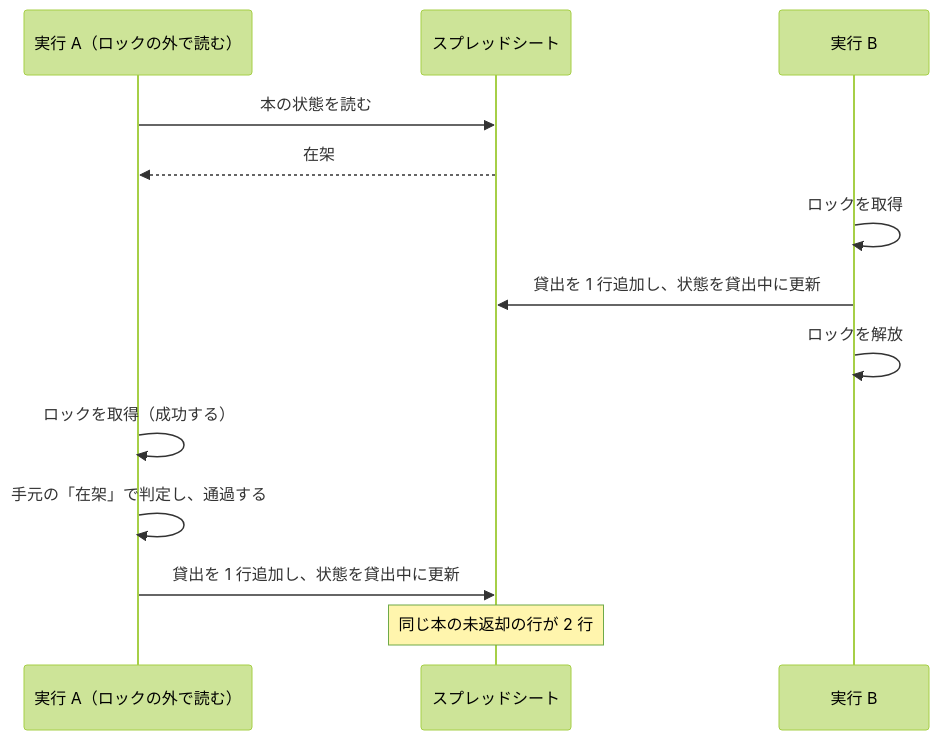
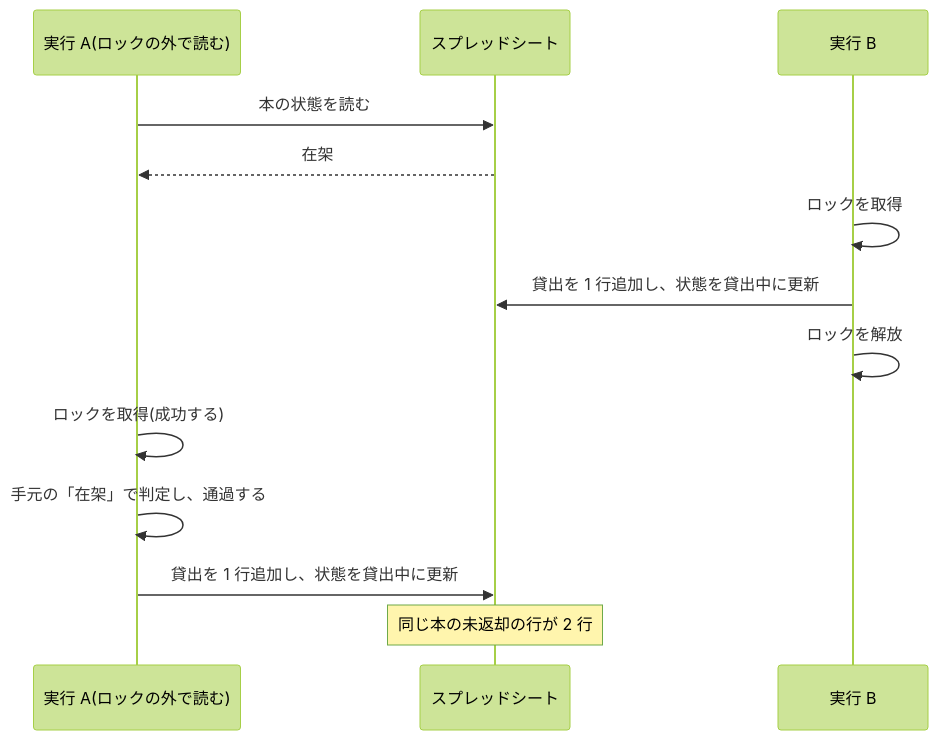
The diagram in contents/blog/2026-09-21_gas-lockservice-exclusive-control.md (Suntory-N-Water/sui-blog), drawn with Mermaid (forest theme) before and after one commit. The commit also changed other lines of this file, not shown here.

````diff
--- a/contents/blog/2026-09-21_gas-lockservice-exclusive-control.md
+++ b/contents/blog/2026-09-21_gas-lockservice-exclusive-control.md
@@ -28,15 +26,15 @@
 ```mermaid
 sequenceDiagram
-    participant A as 実行 A（ロックの外で読む）
+    participant A as 実行 A(ロックの外で読む)
     participant S as スプレッドシート
     participant B as 実行 B
     A->>S: 本の状態を読む
     S-->>A: 在架
     B->>B: ロックを取得
     B->>S: 貸出を 1 行追加し、状態を貸出中に更新
     B->>B: ロックを解放
-    A->>A: ロックを取得（成功する）
+    A->>A: ロックを取得(成功する)
     A->>A: 手元の「在架」で判定し、通過する
     A->>S: 貸出を 1 行追加し、状態を貸出中に更新
     Note over S: 同じ本の未返却の行が 2 行
 ```
````
